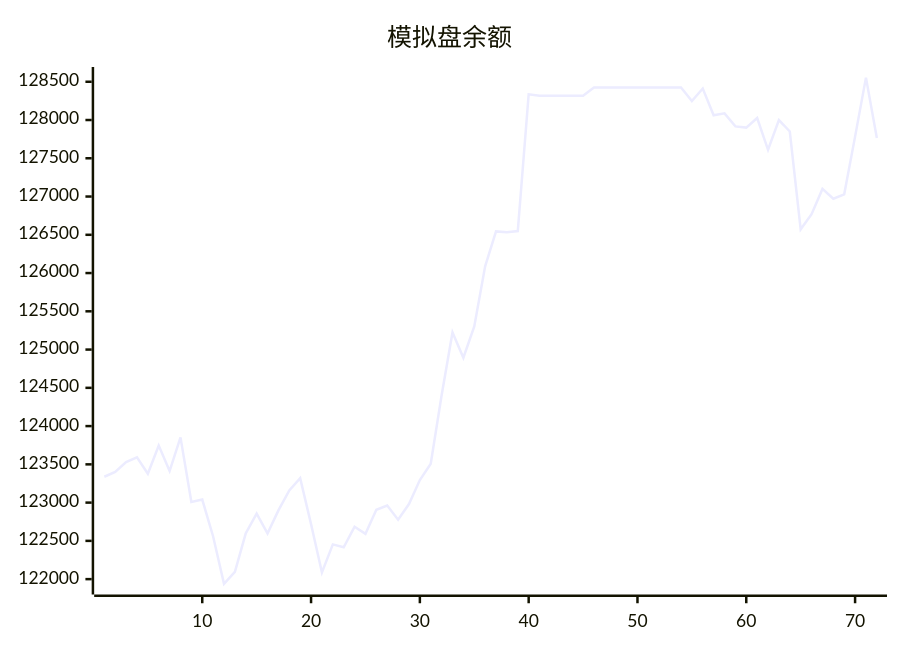
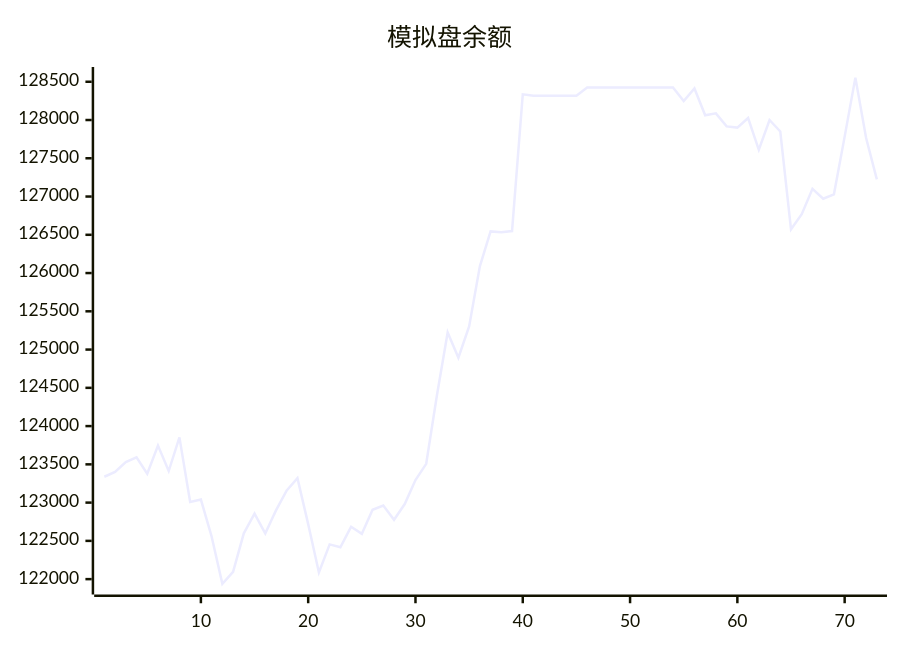
Before and after one commit to aahl/mcp-aktools: the diagram in trading/README.md, drawn with Mermaid. The commit also changed other lines of this file and 1 other file, not shown here.

````diff
--- a/trading/README.md
+++ b/trading/README.md
@@ -3,5 +3,5 @@
 ```mermaid
 xychart
     title "模拟盘余额"
-    line [123338,123402,123530,123592,123378,123745,123413,123853,123009,123040,122557,121938,122095,122599,122856,122597,122898,123160,123319,122719,122087,122454,122416,122685,122592,122907,122961,122776,122981,123295,123507,124403,125224,124894,125303,126088,126544,126534,126549,128335,128318,128318,128318,128318,128318,128424,128424,128424,128424,128424,128424,128424,128424,128424,128247,128412,128062,128087,127917,127901,128026,127611,128000,127850,126572,126770,127100,126971,127029,127783,128554,127765]
+    line [123338,123402,123530,123592,123378,123745,123413,123853,123009,123040,122557,121938,122095,122599,122856,122597,122898,123160,123319,122719,122087,122454,122416,122685,122592,122907,122961,122776,122981,123295,123507,124403,125224,124894,125303,126088,126544,126534,126549,128335,128318,128318,128318,128318,128318,128424,128424,128424,128424,128424,128424,128424,128424,128424,128247,128412,128062,128087,127917,127901,128026,127611,128000,127850,126572,126770,127100,126971,127029,127783,128554,127765,127224]
 ```
````
